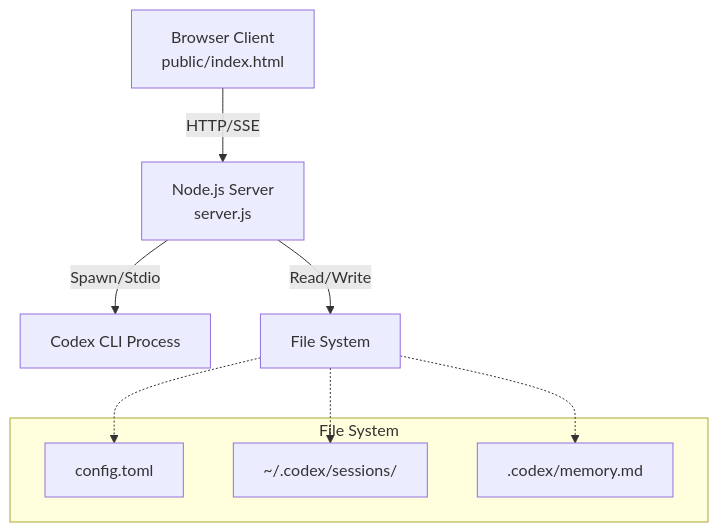
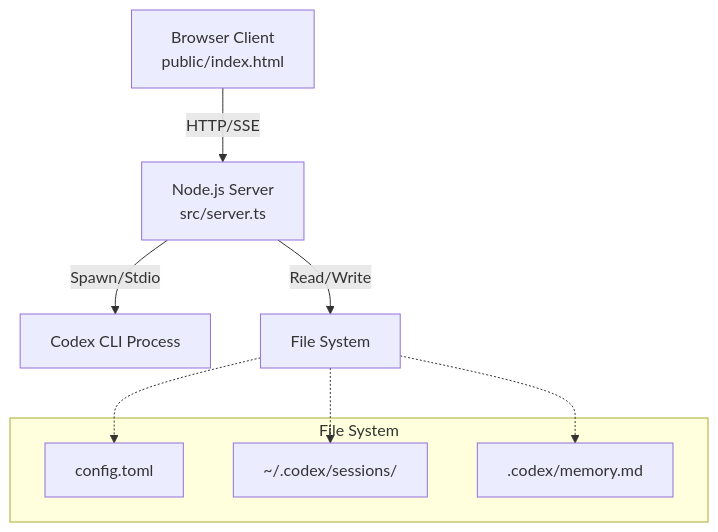
One commit to harryneopotter/Codex-webui changed the diagram in README.md. Above: the diagram before and after it, drawn with Mermaid. The commit also changed other lines of this file and 7 other files, not shown here.

````diff
--- a/README.md
+++ b/README.md
@@ -12,21 +73,21 @@
 ```mermaid
 graph TD
     Client[Browser Client<br/>public/index.html]
-    Server[Node.js Server<br/>server.js]
+    Server[Node.js Server<br/>src/server.ts]
     Codex[Codex CLI Process]
     FS[File System]
 
     Client -- HTTP/SSE --> Server
     Server -- Spawn/Stdio --> Codex
     Server -- Read/Write --> FS
     
     subgraph "File System"
         Config[config.toml]
         Sessions[~/.codex/sessions/]
         Memory[.codex/memory.md]
     end
 
     FS -.-> Config
     FS -.-> Sessions
     FS -.-> Memory
 ```
````
